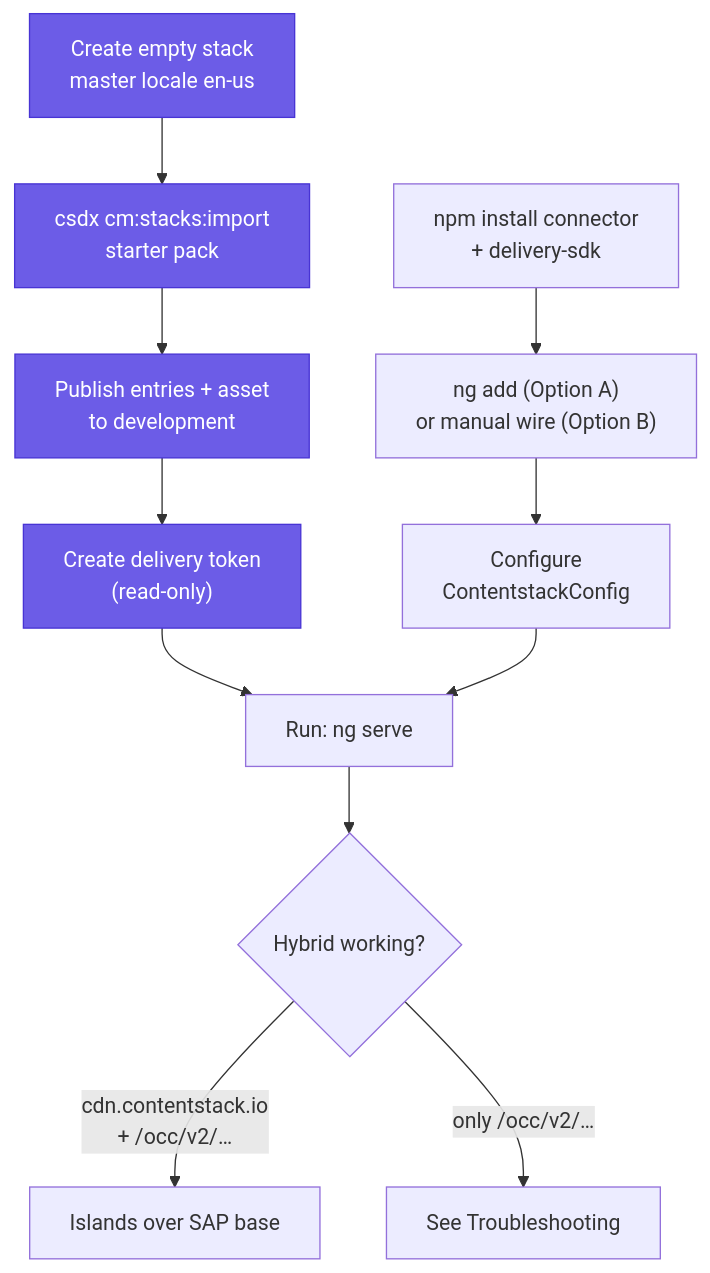
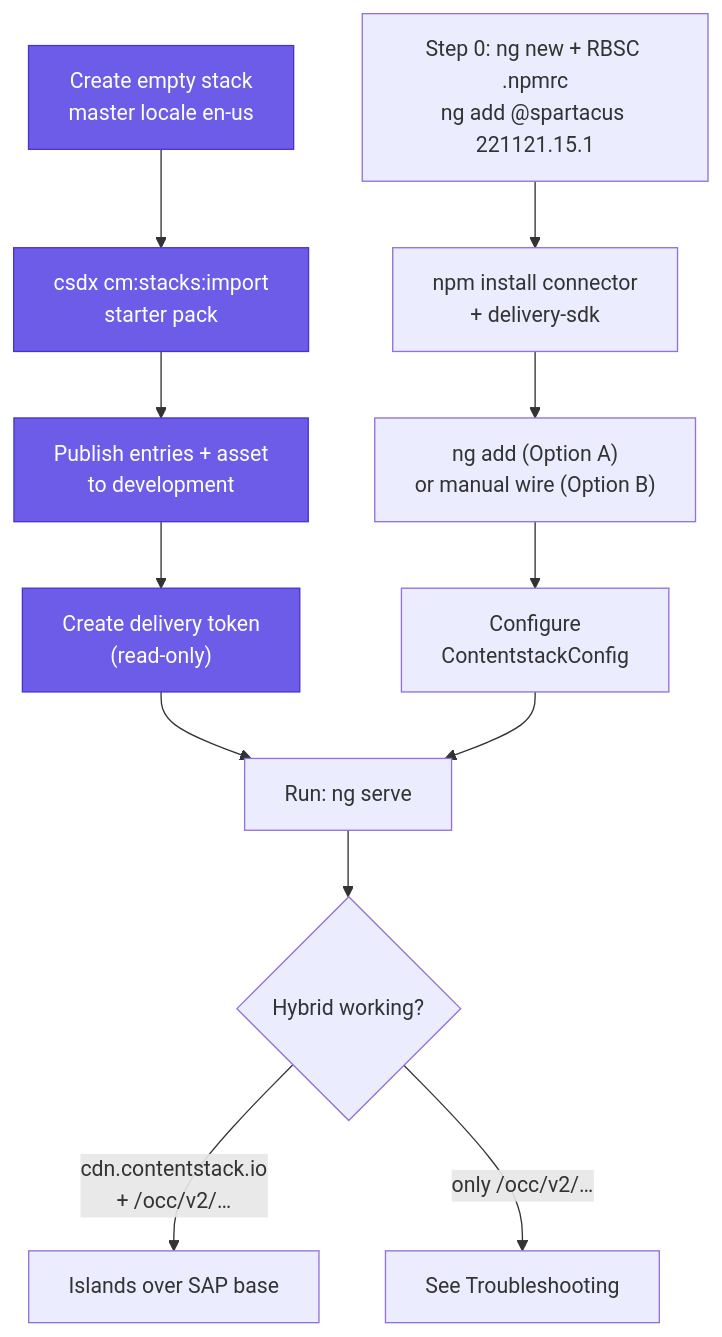
Before and after one commit to contentstack/contentstack-spartacus-connector: the diagram in docs/installation.md, drawn with Mermaid. The commit also changed other lines of this file and 2 other files, not shown here.

First line of the commit message:
docs: make install path complete for a fresh user + simplify diagrams

````diff
--- a/docs/installation.md
+++ b/docs/installation.md
@@ -34,17 +67,18 @@
 ```mermaid
 flowchart TD
     A["Create empty stack<br/>master locale en-us"] --> B["csdx cm:stacks:import<br/>starter pack"]
     B --> C["Publish entries + asset<br/>to development"]
     C --> D["Create delivery token<br/>(read-only)"]
     D --> W
 
-    I["npm install connector<br/>+ delivery-sdk"] --> N["ng add (Option A)<br/>or manual wire (Option B)"]
+    S0["Step 0: ng new + RBSC .npmrc<br/>ng add @spartacus 221121.15.1"] --> I["npm install connector<br/>+ delivery-sdk"]
+    I --> N["ng add (Option A)<br/>or manual wire (Option B)"]
     N --> CFG["Configure<br/>ContentstackConfig"]
     CFG --> W["Run: ng serve"]
     W --> V{"Hybrid working?"}
     V -->|"cdn.contentstack.io<br/>+ /occ/v2/…"| OK["Islands over SAP base"]
     V -->|"only /occ/v2/…"| T["See Troubleshooting"]
 
     classDef cs fill:#6C5CE7,color:#ffffff,stroke:#4834d4
     class A,B,C,D cs
 ```
````
